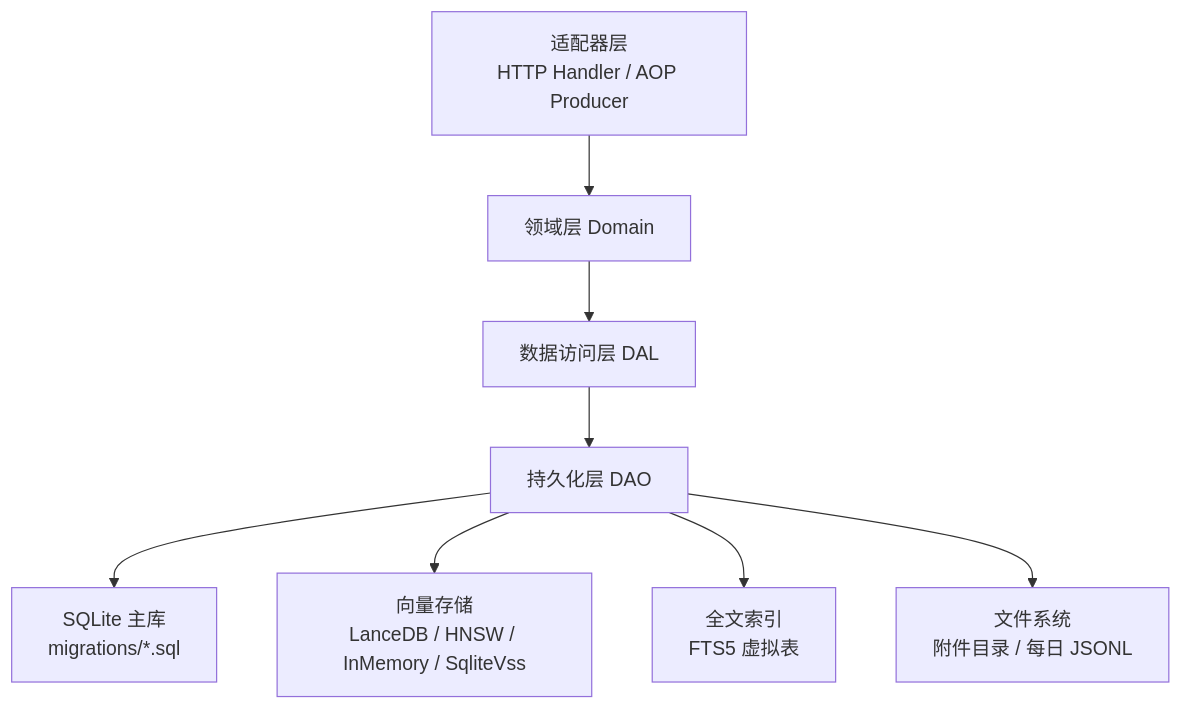
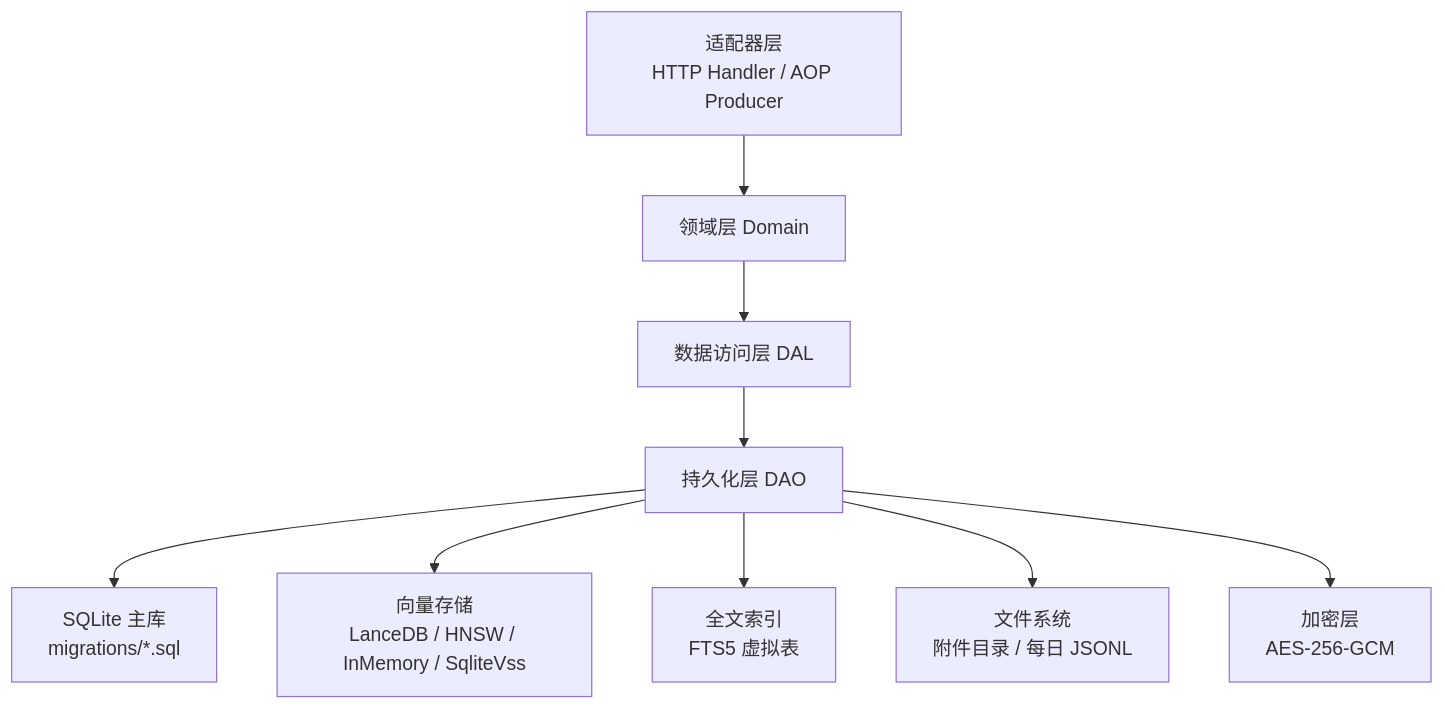
Before and after one commit to runningcoders/ai_orz: the first of 9 diagrams in .qoder/repowiki/zh/content/架构设计/数据存储架构.md, drawn with Mermaid. The commit also changed other lines of this file and 9 other files, not shown here.

````diff
--- a/.qoder/repowiki/zh/content/架构设计/数据存储架构.md
+++ b/.qoder/repowiki/zh/content/架构设计/数据存储架构.md
@@ -36,10 +50,11 @@
 ```mermaid
 graph TB
 A["适配器层<br/>HTTP Handler / AOP Producer"] --> B["领域层 Domain"]
 B --> C["数据访问层 DAL"]
 C --> D["持久化层 DAO"]
 D --> E["SQLite 主库<br/>migrations/*.sql"]
 D --> F["向量存储<br/>LanceDB / HNSW / InMemory / SqliteVss"]
 D --> G["全文索引<br/>FTS5 虚拟表"]
 D --> H["文件系统<br/>附件目录 / 每日 JSONL"]
+D --> I["加密层<br/>AES-256-GCM"]
 ```
````
